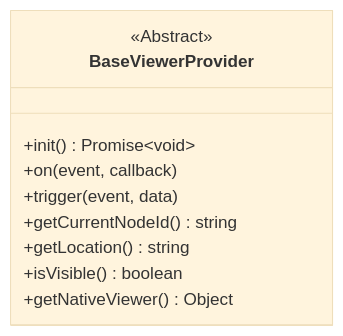
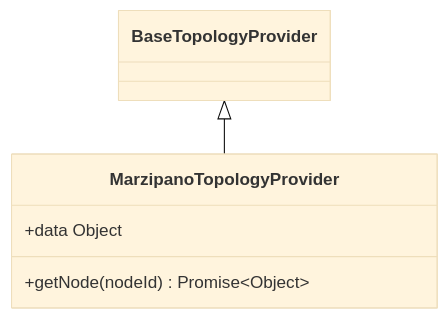
Before and after one commit to DrMarcoGilardi/BRANI-360: diagram 29 of 40 in docs/CLIENT_DOCS.md, drawn with Mermaid (base theme). The commit also changed other lines of this file and 14 other files, not shown here.

````diff
--- a/docs/CLIENT_DOCS.md
+++ b/docs/CLIENT_DOCS.md
@@ -1280,13 +1260,8 @@
 ```mermaid
 classDiagram
-class BaseViewerProvider{
-<<Abstract>>
-+init() Promise~void~
-+on(event, callback)
-+trigger(event, data)
-+getCurrentNodeId() string
-+getLocation() string
-+isVisible() boolean
-+getNativeViewer() Object
+BaseTopologyProvider <|-- MarzipanoTopologyProvider
+class MarzipanoTopologyProvider{
++data Object
++getNode(nodeId) Promise~Object~
 }
 ```
````
